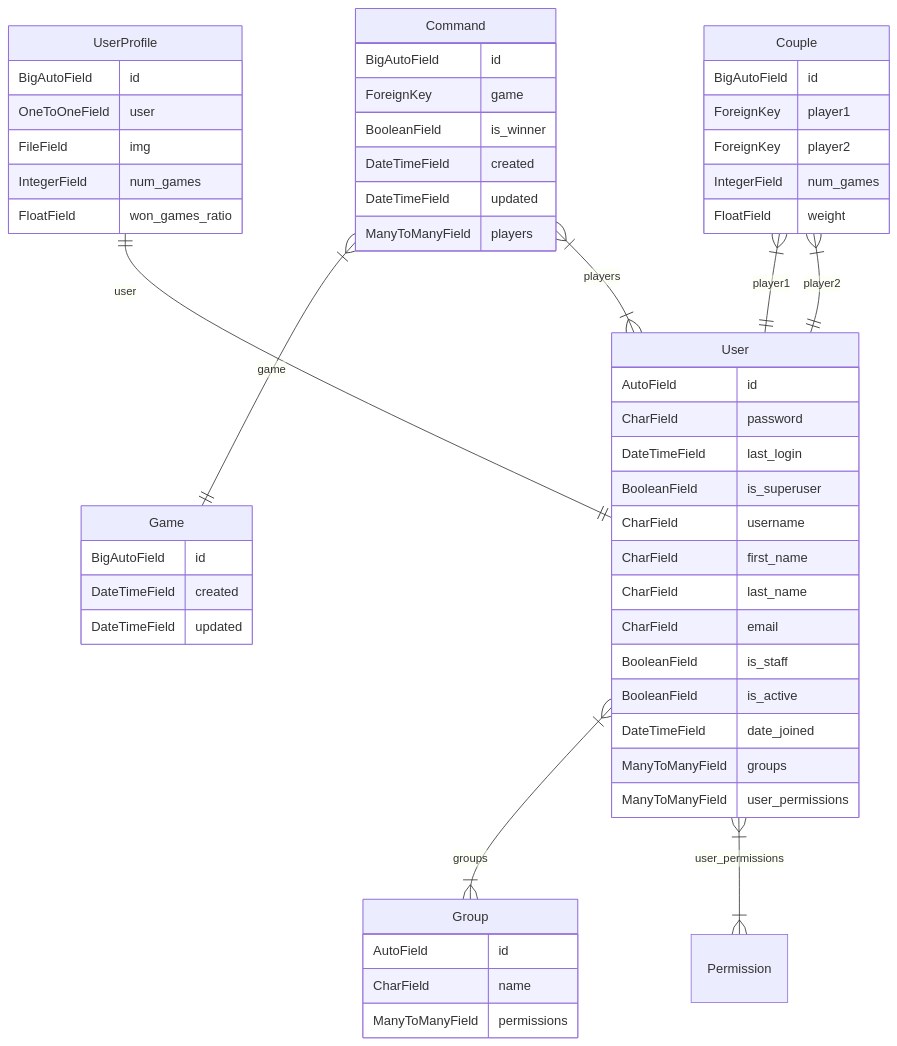
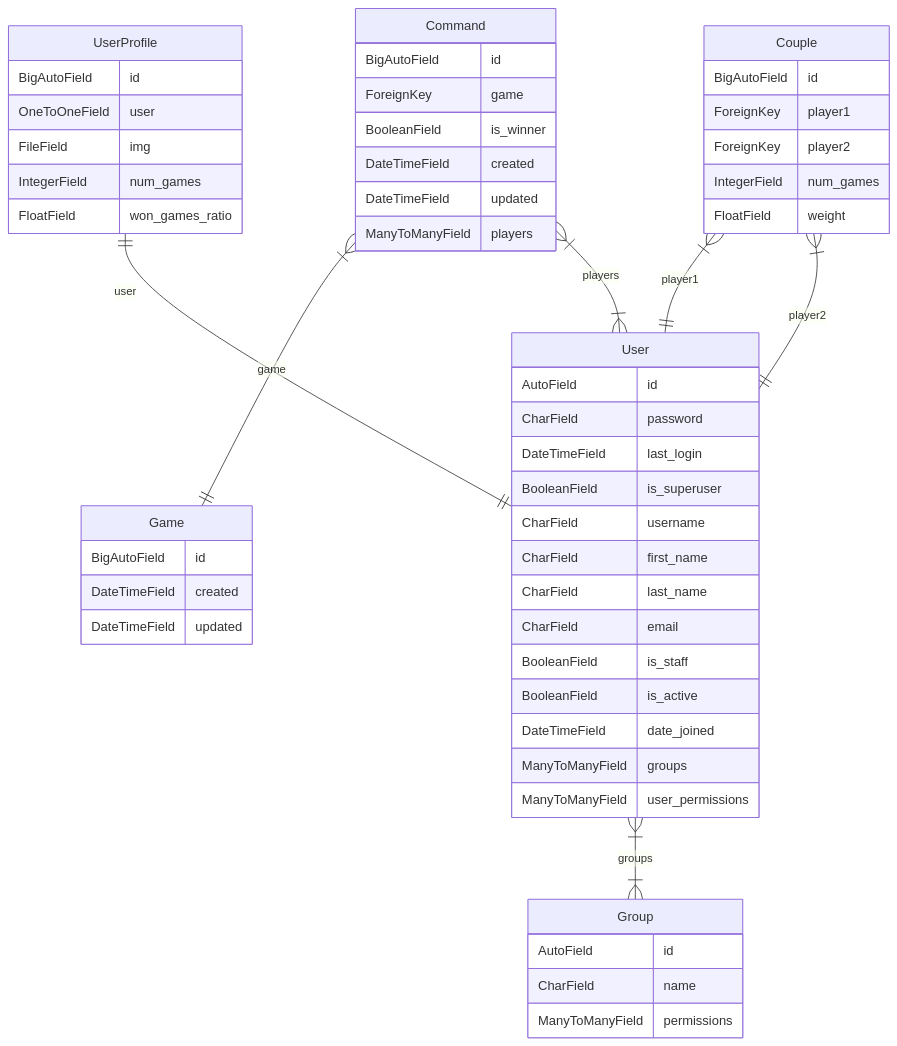
The diagram in diagram.md (an-2-an/data), drawn with Mermaid before and after one commit.

````diff
--- a/diagram.md
+++ b/diagram.md
@@ -1,60 +1,59 @@
 ```mermaid
 ---
 Django ER Diagram
 ---
 erDiagram
 Group {
     AutoField id
     CharField name
     ManyToManyField permissions
 }
 User {
     AutoField id
     CharField password
     DateTimeField last_login
     BooleanField is_superuser
     CharField username
     CharField first_name
     CharField last_name
     CharField email
     BooleanField is_staff
     BooleanField is_active
     DateTimeField date_joined
     ManyToManyField groups
     ManyToManyField user_permissions
 }
 UserProfile {
     BigAutoField id
     OneToOneField user
     FileField img
     IntegerField num_games
     FloatField won_games_ratio
 }
 Command {
     BigAutoField id
     ForeignKey game
     BooleanField is_winner
     DateTimeField created
     DateTimeField updated
     ManyToManyField players
 }
 Game {
     BigAutoField id
     DateTimeField created
     DateTimeField updated
 }
 Couple {
     BigAutoField id
     ForeignKey player1
     ForeignKey player2
     IntegerField num_games
     FloatField weight
 }
 User }|--|{ Group : groups
-User }|--|{ Permission : user_permissions
 UserProfile ||--|| User : user
 Command }|--|| Game : game
 Command }|--|{ User : players
 Couple }|--|| User : player1
 Couple }|--|| User : player2
 ```
````
